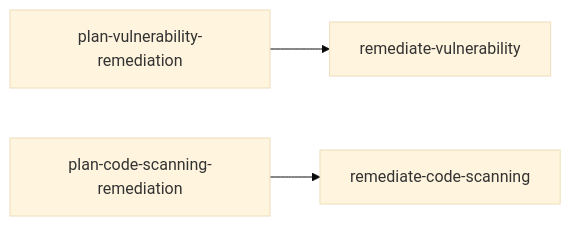
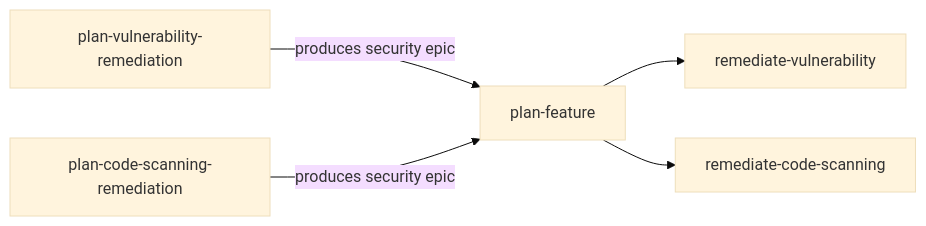
One commit to pnewsam/skills changed the eighth of 9 diagrams in README.md. Above: the diagram before and after it, drawn with Mermaid (base theme). The commit also changed other lines of this file and 27 other files, not shown here.

````diff
--- a/README.md
+++ b/README.md
@@ -323,5 +301,7 @@
 ```mermaid
 flowchart LR
-    PVR[plan-vulnerability-remediation] --> RV[remediate-vulnerability]
-    PCSR[plan-code-scanning-remediation] --> RCS[remediate-code-scanning]
+    PVR[plan-vulnerability-remediation] -->|produces security epic| PF1[plan-feature]
+    PCSR[plan-code-scanning-remediation] -->|produces security epic| PF1
+    PF1 --> RV[remediate-vulnerability]
+    PF1 --> RCS[remediate-code-scanning]
 ```
````
